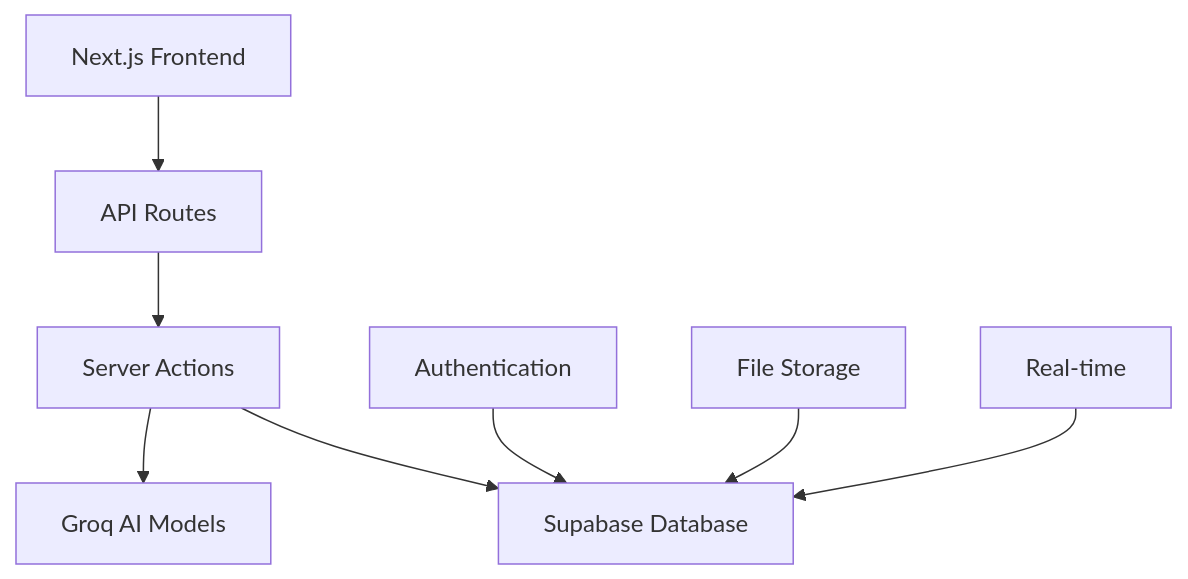
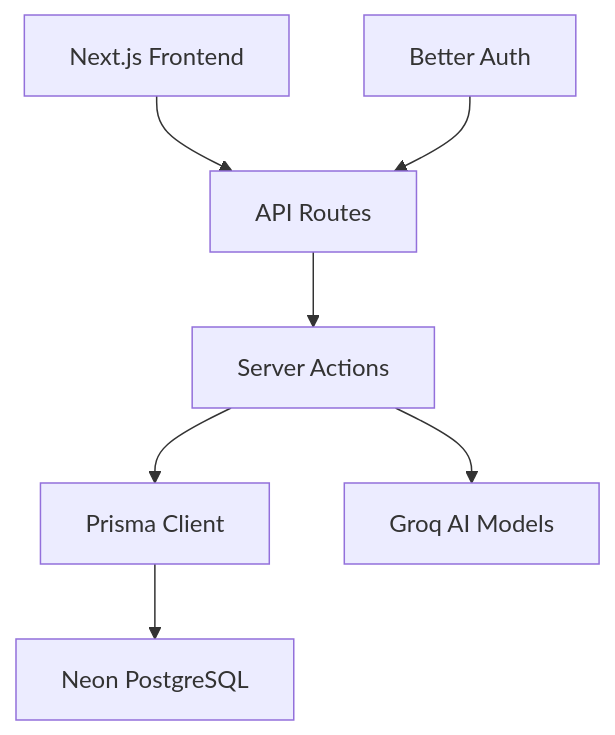
The first of 3 diagrams in README.md (violabg/dev-recruit-ai-features), drawn with Mermaid before and after one commit. The commit also changed other lines of this file and 7 other files, not shown here.

Commit message:
feat: Complete migration from Supabase to Prisma and Neon; remove Supabase dependencies and update documentation

````diff
--- a/README.md
+++ b/README.md
@@ -103,10 +105,9 @@
 ```mermaid
 graph TB
-    A[Next.js Frontend] --> B[API Routes]
-    B --> C[Server Actions]
-    C --> D[Supabase Database]
-    C --> E[Groq AI Models]
-    F[Authentication] --> D
-    G[File Storage] --> D
-    H[Real-time] --> D
+  A[Next.js Frontend] --> B[API Routes]
+  B --> C[Server Actions]
+  C --> D[Prisma Client]
+  D --> E[Neon PostgreSQL]
+  C --> F[Groq AI Models]
+  G[Better Auth] --> B
 ```
````
